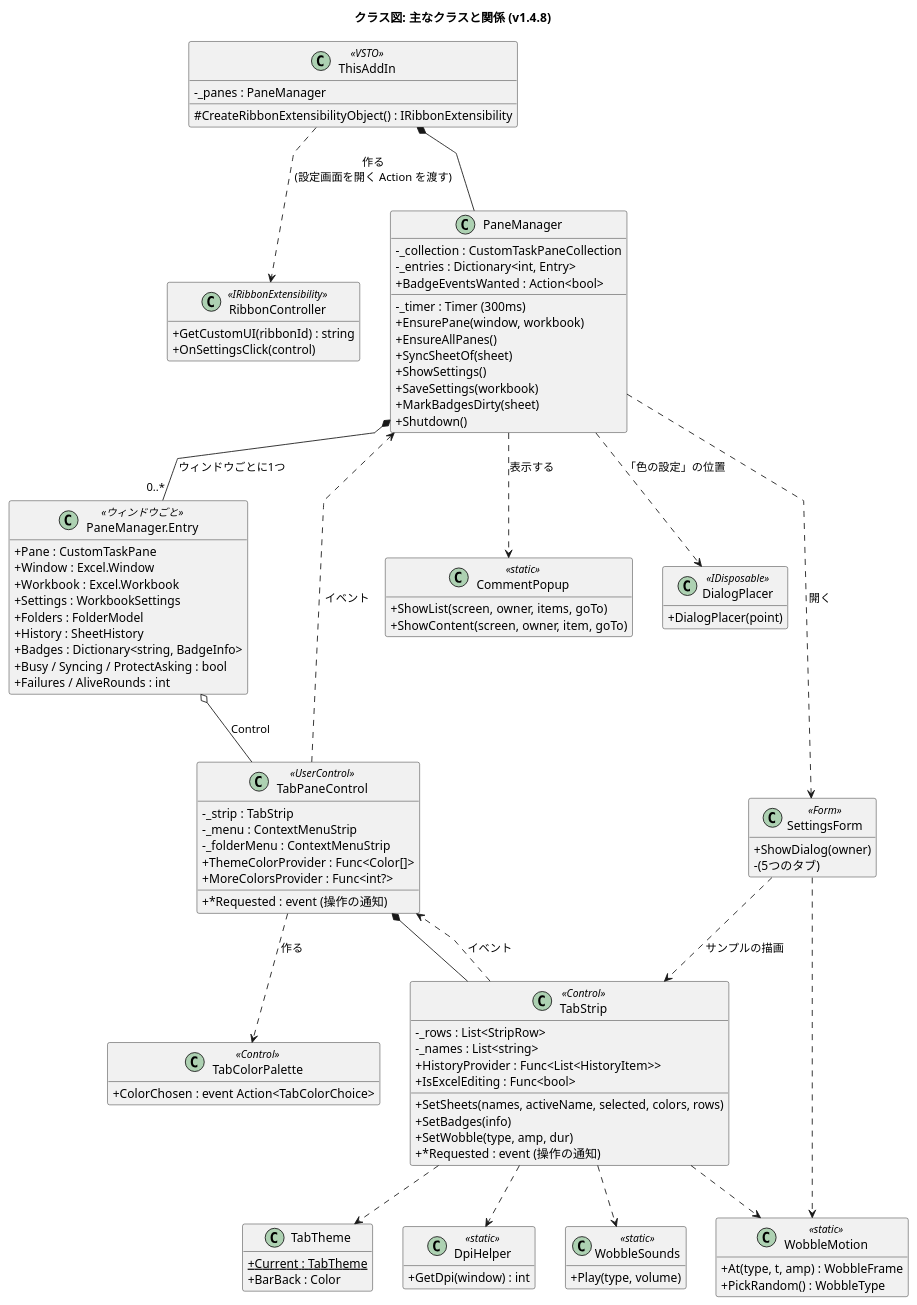
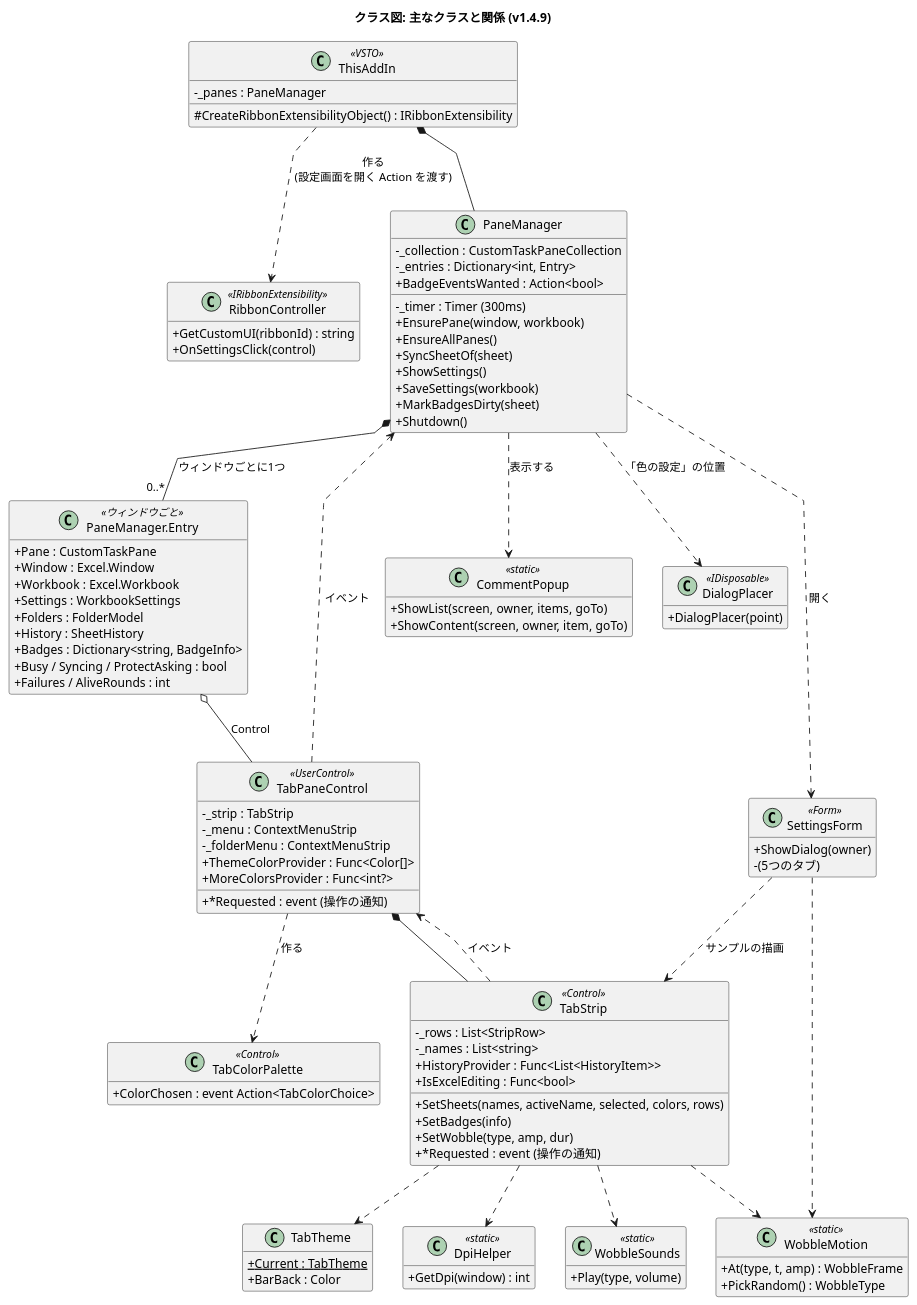
One commit to nk-taka623/VerticalSheetTabs changed the diagram in docs/class-structure.puml. Above: the diagram before and after it, drawn with PlantUML. The commit also changed 14 other files, not shown here.

Commit message:
v1.4.9 にする (バージョン、README の変更点、設計図の版数)

```diff
--- a/docs/class-structure.puml
+++ b/docs/class-structure.puml
@@ -1,117 +1,117 @@
 @startuml
-title クラス図: 主なクラスと関係 (v1.4.8)
+title クラス図: 主なクラスと関係 (v1.4.9)
 skinparam shadowing false
 skinparam classAttributeIconSize 0
 skinparam linetype polyline
 hide empty members
 
 class ThisAddIn <<VSTO>> {
   -_panes : PaneManager
   #CreateRibbonExtensibilityObject() : IRibbonExtensibility
 }
 
 class RibbonController <<IRibbonExtensibility>> {
   +GetCustomUI(ribbonId) : string
   +OnSettingsClick(control)
 }
 
 class PaneManager {
   -_collection : CustomTaskPaneCollection
   -_entries : Dictionary<int, Entry>
   -_timer : Timer (300ms)
   +BadgeEventsWanted : Action<bool>
   +EnsurePane(window, workbook)
   +EnsureAllPanes()
   +SyncSheetOf(sheet)
   +ShowSettings()
   +SaveSettings(workbook)
   +MarkBadgesDirty(sheet)
   +Shutdown()
 }
 
 class "PaneManager.Entry" as Entry <<ウィンドウごと>> {
   +Pane : CustomTaskPane
   +Window : Excel.Window
   +Workbook : Excel.Workbook
   +Settings : WorkbookSettings
   +Folders : FolderModel
   +History : SheetHistory
   +Badges : Dictionary<string, BadgeInfo>
   +Busy / Syncing / ProtectAsking : bool
   +Failures / AliveRounds : int
 }
 
 class TabPaneControl <<UserControl>> {
   -_strip : TabStrip
   -_menu : ContextMenuStrip
   -_folderMenu : ContextMenuStrip
   +ThemeColorProvider : Func<Color[]>
   +MoreColorsProvider : Func<int?>
   +*Requested : event (操作の通知)
 }
 
 class TabStrip <<Control>> {
   -_rows : List<StripRow>
   -_names : List<string>
   +SetSheets(names, activeName, selected, colors, rows)
   +SetBadges(info)
   +SetWobble(type, amp, dur)
   +*Requested : event (操作の通知)
   +HistoryProvider : Func<List<HistoryItem>>
   +IsExcelEditing : Func<bool>
 }
 
 class TabColorPalette <<Control>> {
   +ColorChosen : event Action<TabColorChoice>
 }
 
 class SettingsForm <<Form>> {
   +ShowDialog(owner)
   -(5つのタブ)
 }
 
 class CommentPopup <<static>> {
   +ShowList(screen, owner, items, goTo)
   +ShowContent(screen, owner, item, goTo)
 }
 
 class DialogPlacer <<IDisposable>> {
   +DialogPlacer(point)
 }
 
 class TabTheme {
   +Current : TabTheme {static}
   +BarBack : Color
 }
 
 class DpiHelper <<static>> {
   +GetDpi(window) : int
 }
 
 class WobbleMotion <<static>> {
   +At(type, t, amp) : WobbleFrame
   +PickRandom() : WobbleType
 }
 
 class WobbleSounds <<static>> {
   +Play(type, volume)
 }
 
 ThisAddIn *-- PaneManager
 ThisAddIn ..> RibbonController : 作る\n(設定画面を開く Action を渡す)
 PaneManager *-- "0..*" Entry : ウィンドウごとに1つ
 Entry o-- TabPaneControl : Control
 TabPaneControl *-- TabStrip
 TabPaneControl ..> TabColorPalette : 作る
 TabStrip ..> TabPaneControl : イベント
 TabPaneControl ..> PaneManager : イベント
 PaneManager ..> SettingsForm : 開く
 PaneManager ..> CommentPopup : 表示する
 PaneManager ..> DialogPlacer : 「色の設定」の位置
 SettingsForm ..> TabStrip : サンプルの描画
 TabStrip ..> TabTheme
 TabStrip ..> DpiHelper
 TabStrip ..> WobbleMotion
 TabStrip ..> WobbleSounds
 SettingsForm ..> WobbleMotion
 @enduml
```
